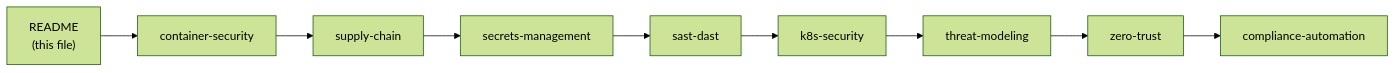
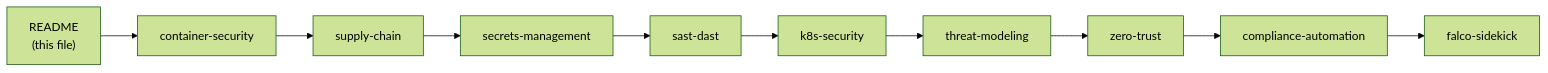
Before and after one commit to deepanshu-rawat6/DevOpsIndex: the diagram in security-engineering/README.md, drawn with Mermaid (forest theme). The commit also changed other lines of this file and 15 other files, not shown here.

````diff
--- a/security-engineering/README.md
+++ b/security-engineering/README.md
@@ -76,11 +76,12 @@
 ```mermaid
 graph LR
     README["README\n(this file)"] --> CS["container-security"]
     CS --> SC["supply-chain"]
     SC --> SM["secrets-management"]
     SM --> SD["sast-dast"]
     SD --> KS["k8s-security"]
     KS --> TM["threat-modeling"]
     TM --> ZT["zero-trust"]
     ZT --> CA["compliance-automation"]
+    CA --> FS["falco-sidekick"]
 ```
````
